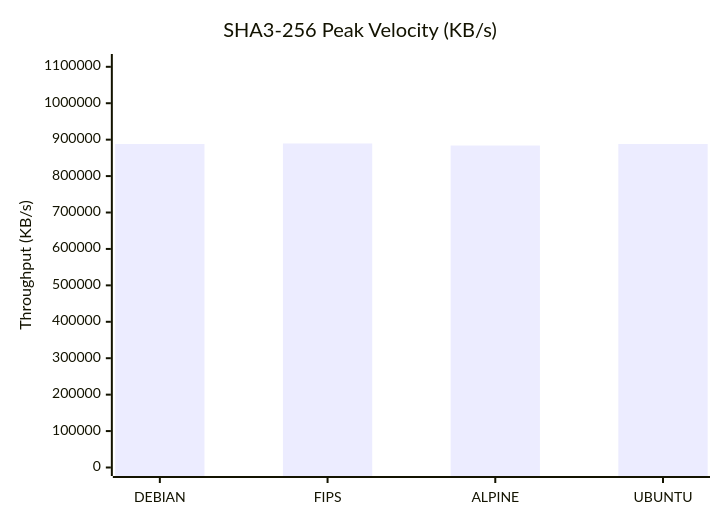
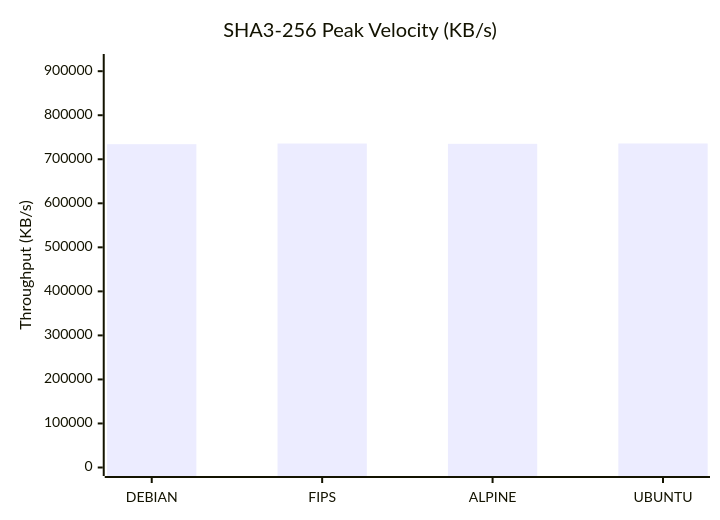
One commit to taha2samy/openssl_fips changed the third of 9 diagrams in docs/Comparison_Report.md. Above: the diagram before and after it, drawn with Mermaid. The commit also changed other lines of this file and 3 other files, not shown here.

````diff
--- a/docs/Comparison_Report.md
+++ b/docs/Comparison_Report.md
@@ -74,7 +74,7 @@
 ```mermaid
 xychart-beta
     title "SHA3-256 Peak Velocity (KB/s)"
     x-axis [DEBIAN, FIPS, ALPINE, UBUNTU]
-    y-axis "Throughput (KB/s)" 0 --> 1111808
-    bar [888184.83, 889446.4, 883818.5, 888070.14]
+    y-axis "Throughput (KB/s)" 0 --> 919756
+    bar [734240.77, 735723.52, 735109.12, 735805.44]
 ```
````
